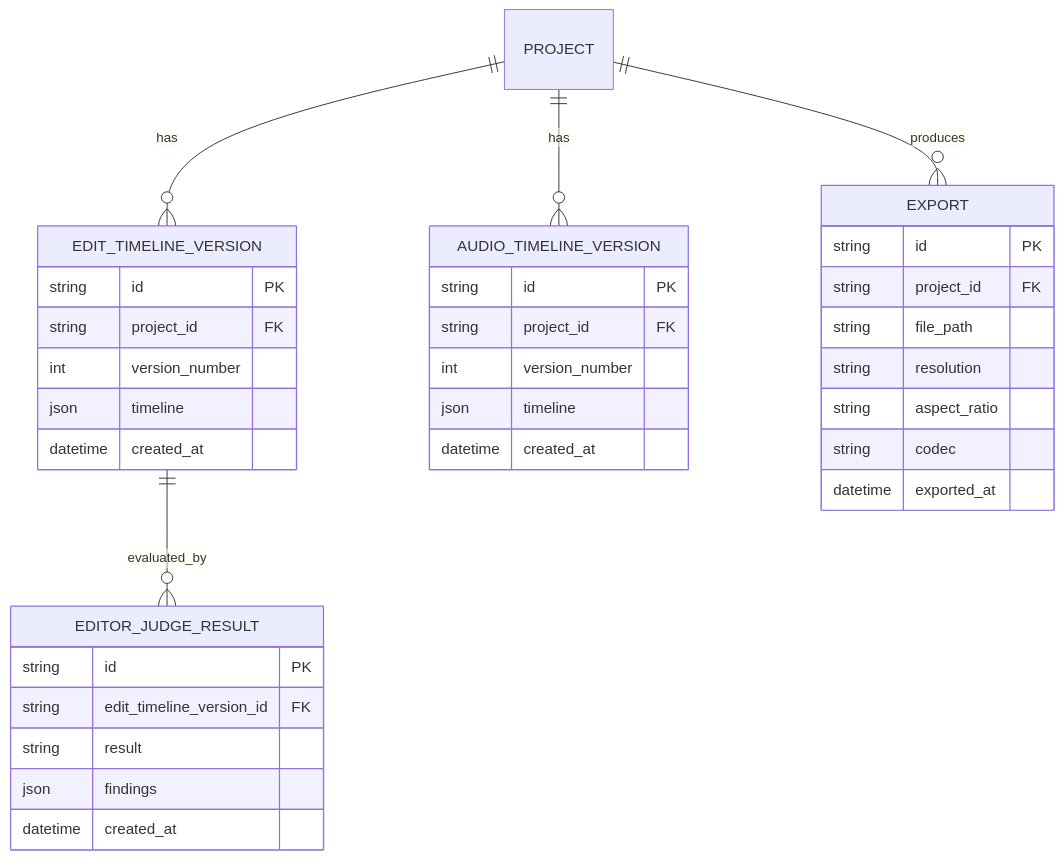
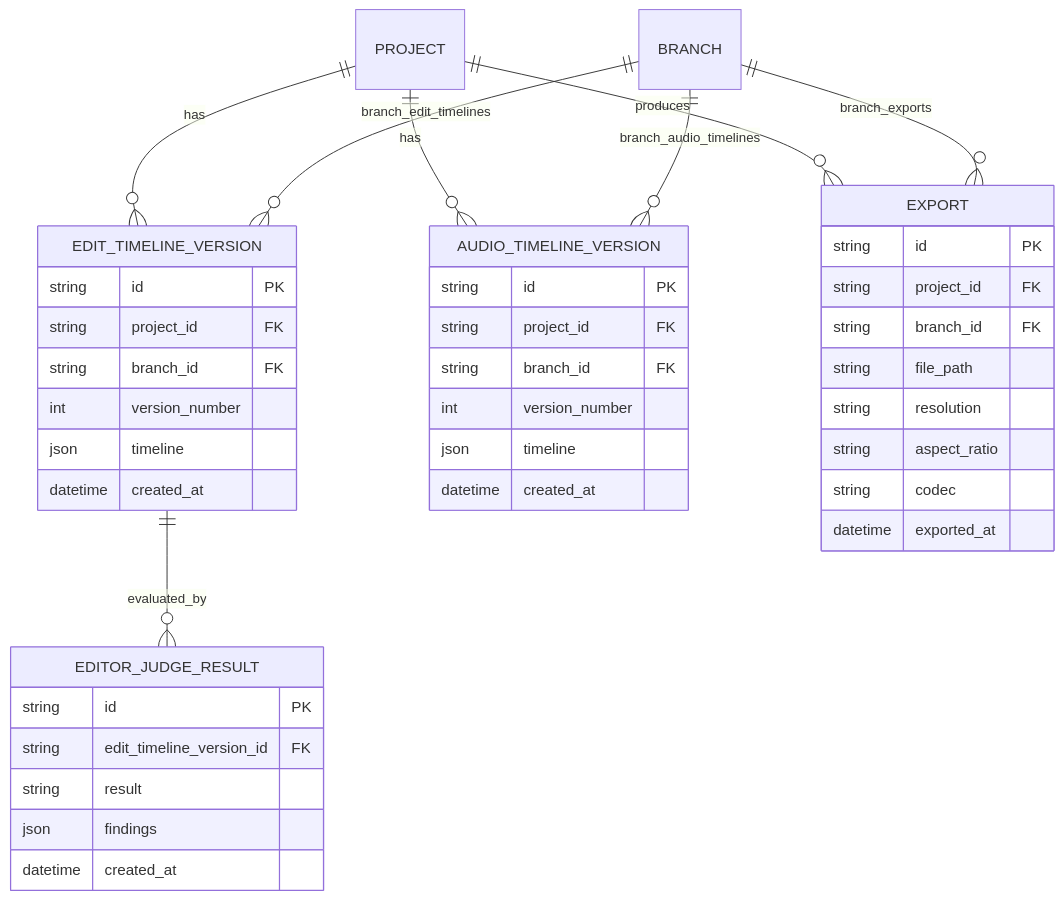
One commit to ousiassllc/mam changed the fourth of 5 diagrams in spec/architecture/er.md. Above: the diagram before and after it, drawn with Mermaid. The commit also changed other lines of this file and 1 other file, not shown here.

Commit message:
fix: Edit/Audio Timeline・ExportにBranch独立性を伝播

````diff
--- a/spec/architecture/er.md
+++ b/spec/architecture/er.md
@@ -230,38 +233,44 @@
 ```mermaid
 erDiagram
     PROJECT ||--o{ EDIT_TIMELINE_VERSION : has
     EDIT_TIMELINE_VERSION ||--o{ EDITOR_JUDGE_RESULT : evaluated_by
     PROJECT ||--o{ AUDIO_TIMELINE_VERSION : has
     PROJECT ||--o{ EXPORT : produces
+    BRANCH ||--o{ EDIT_TIMELINE_VERSION : branch_edit_timelines
+    BRANCH ||--o{ AUDIO_TIMELINE_VERSION : branch_audio_timelines
+    BRANCH ||--o{ EXPORT : branch_exports
 
     EDIT_TIMELINE_VERSION {
         string id PK
         string project_id FK
+        string branch_id FK
         int version_number
         json timeline
         datetime created_at
     }
     EDITOR_JUDGE_RESULT {
         string id PK
         string edit_timeline_version_id FK
         string result
         json findings
         datetime created_at
     }
     AUDIO_TIMELINE_VERSION {
         string id PK
         string project_id FK
+        string branch_id FK
         int version_number
         json timeline
         datetime created_at
     }
     EXPORT {
         string id PK
         string project_id FK
+        string branch_id FK
         string file_path
         string resolution
         string aspect_ratio
         string codec
         datetime exported_at
     }
 ```
````
